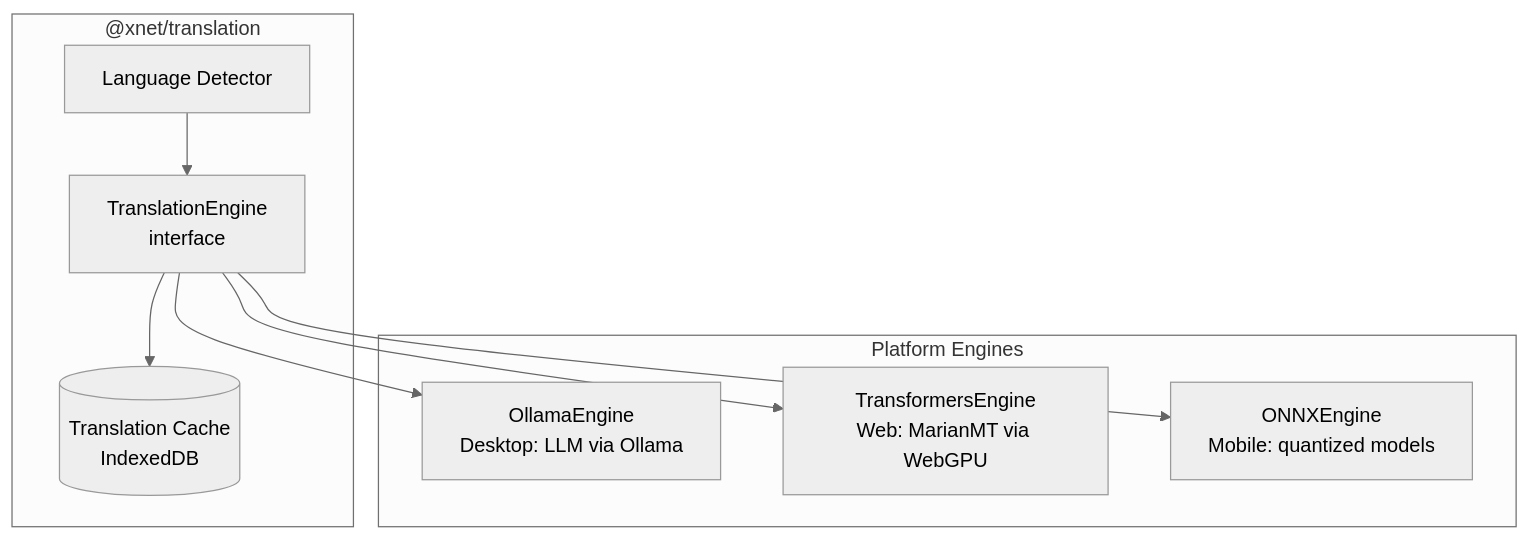
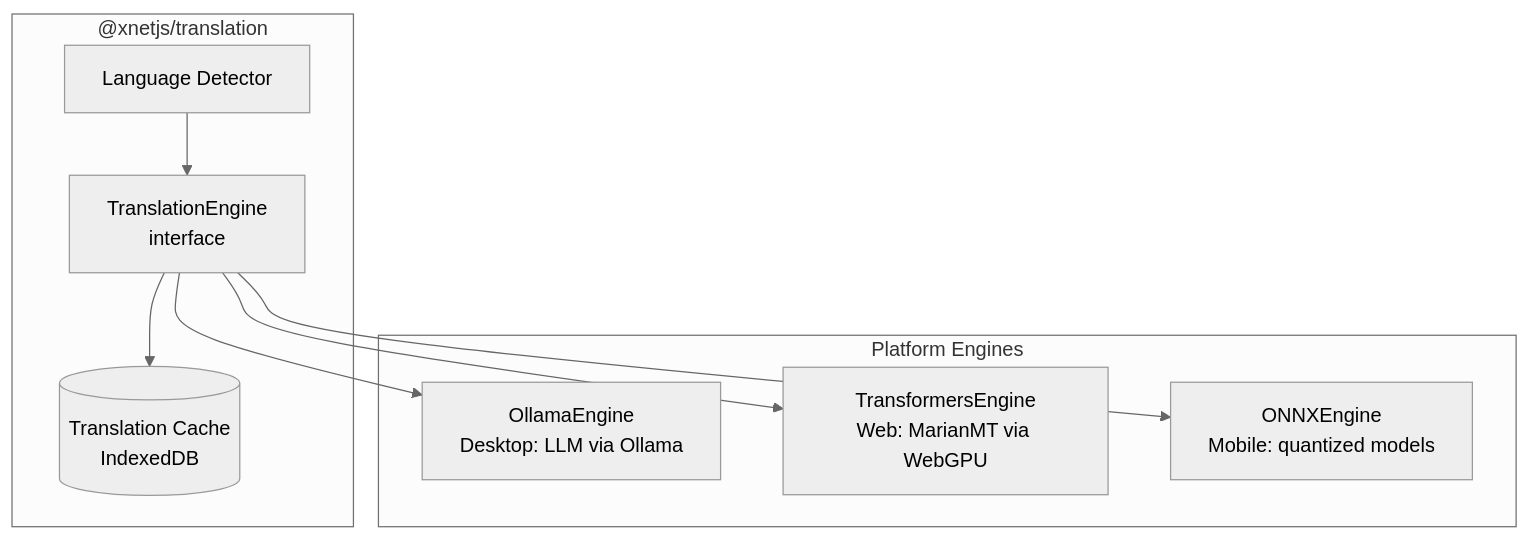
One commit to crs48/xNet changed the first of 2 diagrams in docs/plans/plan04_1_i18n/07-ai-translation-engine.md. Above: the diagram before and after it, drawn with Mermaid (neutral theme). The commit also changed other lines of this file and 980 other files, not shown here.

````diff
--- a/docs/plans/plan04_1_i18n/07-ai-translation-engine.md
+++ b/docs/plans/plan04_1_i18n/07-ai-translation-engine.md
@@ -12,20 +12,20 @@
 ```mermaid
 flowchart TB
-    subgraph "@xnet/translation"
+    subgraph "@xnetjs/translation"
         API[TranslationEngine<br/>interface]
         DETECT[Language Detector]
         CACHE[(Translation Cache<br/>IndexedDB)]
     end
 
     subgraph "Platform Engines"
         OLLAMA[OllamaEngine<br/>Desktop: LLM via Ollama]
         TFJS[TransformersEngine<br/>Web: MarianMT via WebGPU]
         ONNX[ONNXEngine<br/>Mobile: quantized models]
     end
 
     API --> OLLAMA
     API --> TFJS
     API --> ONNX
     DETECT --> API
     API --> CACHE
 ```
````
